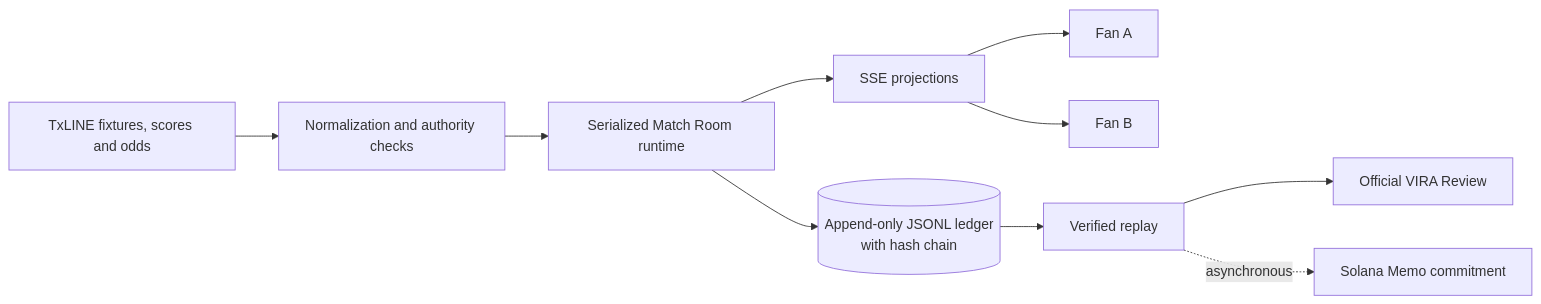
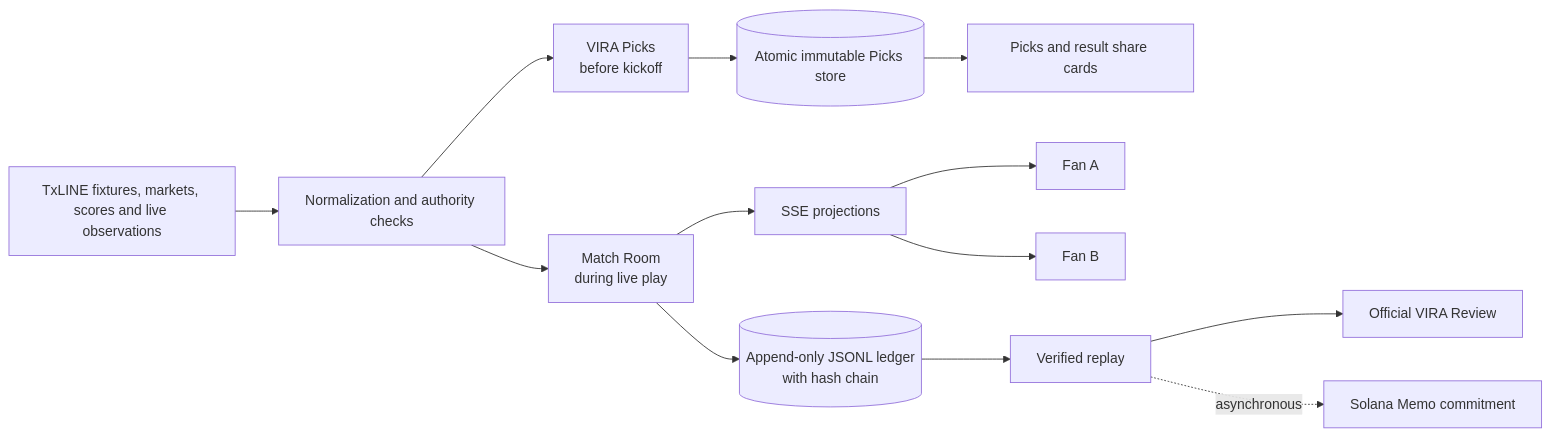
One commit to 4LFR3Dv1/VIRA- changed the diagram in README.md. Above: the diagram before and after it, drawn with Mermaid. The commit also changed other lines of this file and 6 other files, not shown here.

````diff
--- a/README.md
+++ b/README.md
@@ -100,12 +146,15 @@
 ```mermaid
 flowchart LR
-    TX[TxLINE fixtures, scores and odds] --> N[Normalization and authority checks]
-    N --> R[Serialized Match Room runtime]
+    TX[TxLINE fixtures, markets, scores and live observations] --> N[Normalization and authority checks]
+    N --> P[VIRA Picks<br/>before kickoff]
+    N --> R[Match Room<br/>during live play]
+    P --> PS[(Atomic immutable Picks store)]
+    PS --> PC[Picks and result share cards]
     R --> L[(Append-only JSONL ledger<br/>with hash chain)]
     R --> S[SSE projections]
     S --> A[Fan A]
     S --> B[Fan B]
     L --> V[Verified replay]
     V --> O[Official VIRA Review]
     V -. asynchronous .-> SOL[Solana Memo commitment]
 ```
````
